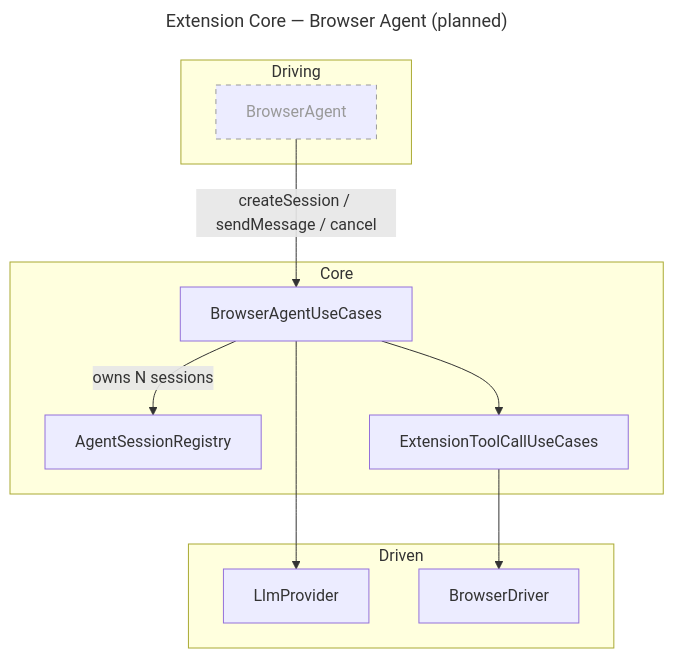
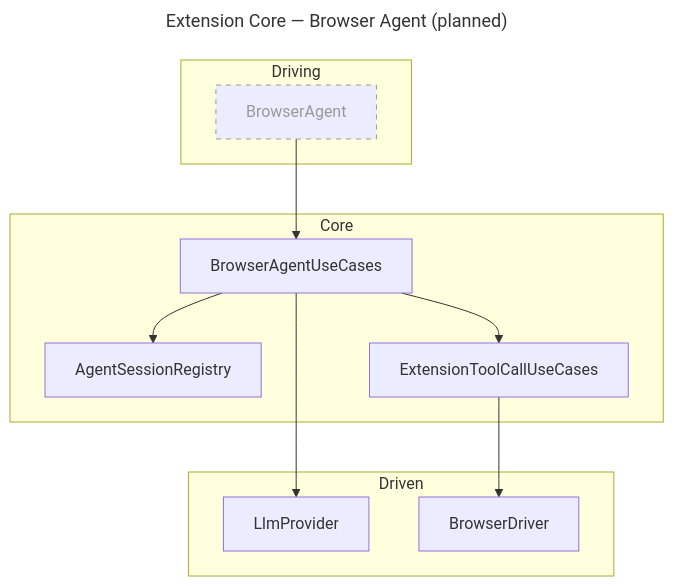
One commit to ndthanhdev/mcp-browser-kit changed the seventh of 11 diagrams in docs/architecture.md. Above: the diagram before and after it, drawn with Mermaid. The commit also changed 26 other files, not shown here.

````diff
--- a/docs/architecture.md
+++ b/docs/architecture.md
@@ -198,26 +198,26 @@
 ```mermaid
 ---
 title: Extension Core — Browser Agent (planned)
 ---
 flowchart TB
   subgraph Driving["Driving"]
     BrowserAgent
   end
   subgraph Core["Core"]
     BrowserAgentUseCases
     AgentSessionRegistry
     ExtensionToolCallUseCases
   end
   subgraph Driven["Driven"]
     LlmProvider
     BrowserDriver
   end
-  BrowserAgent -->|"createSession / sendMessage / cancel"| BrowserAgentUseCases
-  BrowserAgentUseCases -->|"owns N sessions"| AgentSessionRegistry
+  BrowserAgent --> BrowserAgentUseCases
+  BrowserAgentUseCases --> AgentSessionRegistry
   BrowserAgentUseCases --> LlmProvider
   BrowserAgentUseCases --> ExtensionToolCallUseCases
   ExtensionToolCallUseCases --> BrowserDriver
 
   classDef planned stroke-dasharray:5 5,stroke:#999,color:#999;
   class BrowserAgent planned;
 ```
````
